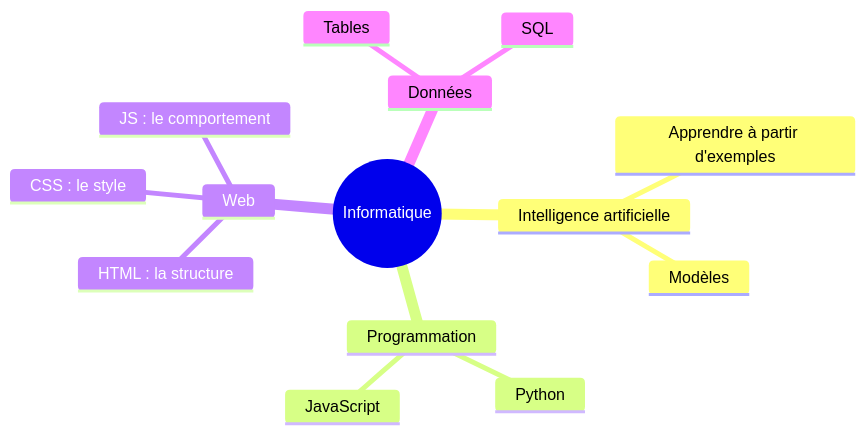
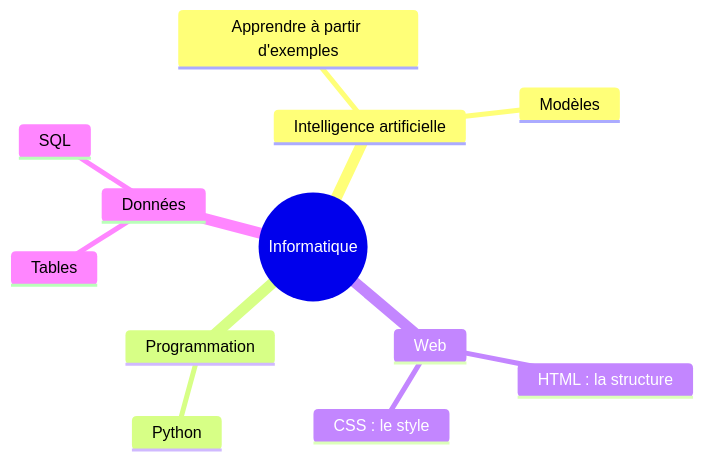
Before and after one commit to monirelouarroudi-cmd/V1: the second of 8 diagrams in README.md, drawn with Mermaid. The commit also changed other lines of this file, not shown here.

````diff
--- a/README.md
+++ b/README.md
@@ -38,17 +38,15 @@
 ```mermaid
 mindmap
   root((Informatique))
     Intelligence artificielle
       Apprendre à partir d'exemples
       Modèles
     Programmation
       Python
-      JavaScript
     Web
       HTML : la structure
       CSS : le style
-      JS : le comportement
     Données
       Tables
       SQL
 ```
````
